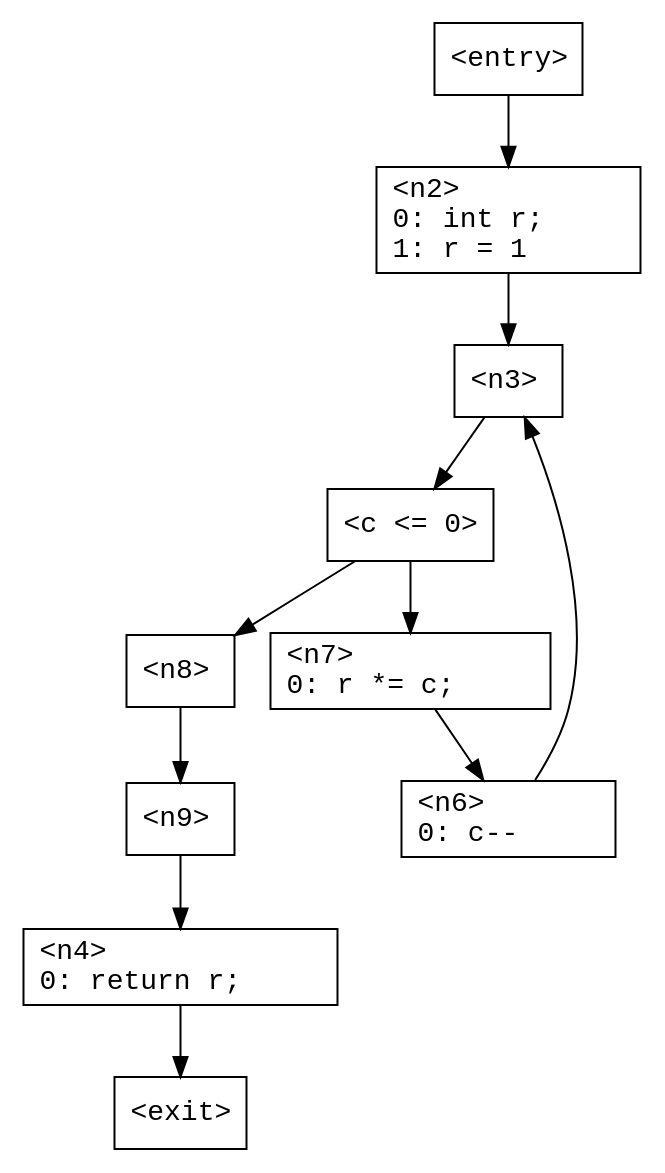
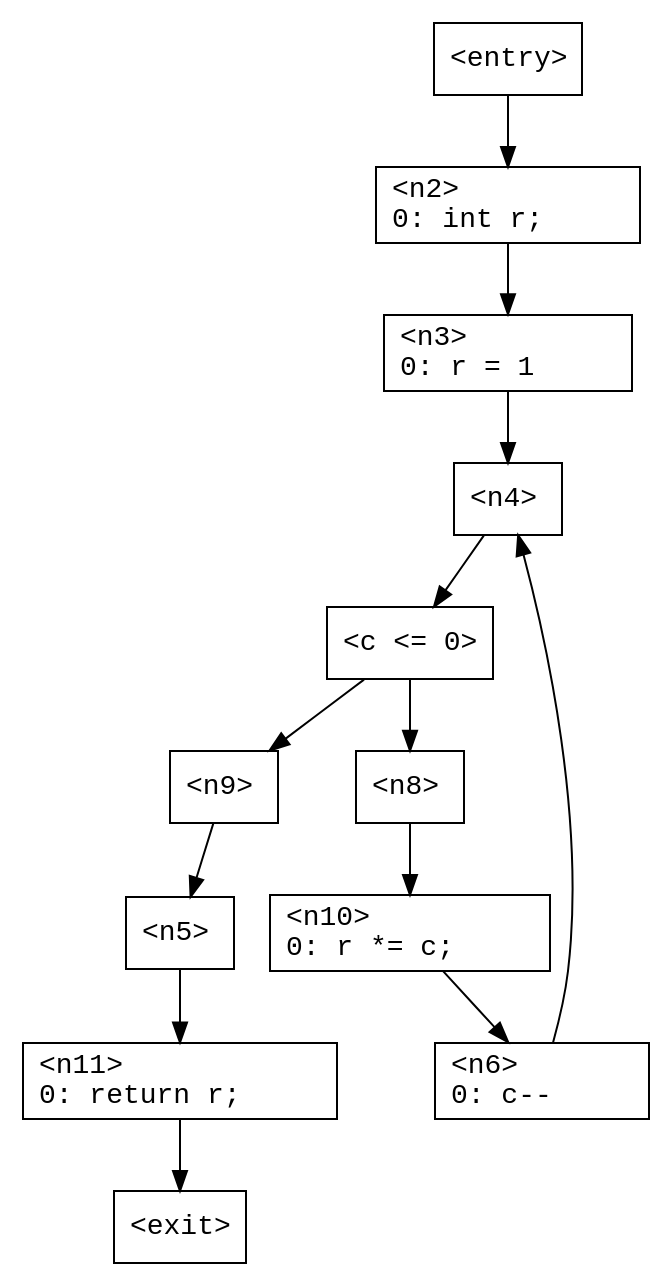
The diagram in TarpTests/Cfg/Data/TestForBreak.gv (ashalkhakov/Tarp), drawn with Graphviz before and after one commit. The commit also changed 28 other files, not shown here.

```diff
--- a/TarpTests/Cfg/Data/TestForBreak.gv
+++ b/TarpTests/Cfg/Data/TestForBreak.gv
@@ -1,43 +1,51 @@
 digraph G
 {
     n0 [ shape = "box"
              fontname = "Monospace"
              label = "<entry>\l" ];
       n0 -> n2;
     n1 [ shape = "box"
              fontname = "Monospace"
              label = "<exit>\l" ];
     n2 [ shape = "box"
              fontname = "Monospace"
-             label = "<n2>\l0:	int r;\l1:	r = 1\l" ];
+             label = "<n2>\l0:	int r;\l" ];
       n2 -> n3;
     n3 [ shape = "box"
              fontname = "Monospace"
-             label = "<n3>\l" ];
-      n3 -> n5;
+             label = "<n3>\l0:	r = 1\l" ];
+      n3 -> n4;
     n4 [ shape = "box"
              fontname = "Monospace"
-             label = "<n4>\l0:	return r;\l" ];
-      n4 -> n1;
+             label = "<n4>\l" ];
+      n4 -> n7;
     n5 [ shape = "box"
              fontname = "Monospace"
-             label = "<c <= 0>\l" ];
-      n5 -> n8;
-      n5 -> n7;
+             label = "<n5>\l" ];
+      n5 -> n11;
     n6 [ shape = "box"
              fontname = "Monospace"
              label = "<n6>\l0:	c--\l" ];
-      n6 -> n3;
+      n6 -> n4;
     n7 [ shape = "box"
              fontname = "Monospace"
-             label = "<n7>\l0:	r *= c;\l" ];
-      n7 -> n6;
+             label = "<c <= 0>\l" ];
+      n7 -> n9;
+      n7 -> n8;
     n8 [ shape = "box"
              fontname = "Monospace"
              label = "<n8>\l" ];
-      n8 -> n9;
+      n8 -> n10;
     n9 [ shape = "box"
              fontname = "Monospace"
              label = "<n9>\l" ];
-      n9 -> n4;
+      n9 -> n5;
+    n10 [ shape = "box"
+             fontname = "Monospace"
+             label = "<n10>\l0:	r *= c;\l" ];
+      n10 -> n6;
+    n11 [ shape = "box"
+             fontname = "Monospace"
+             label = "<n11>\l0:	return r;\l" ];
+      n11 -> n1;
 }
```
